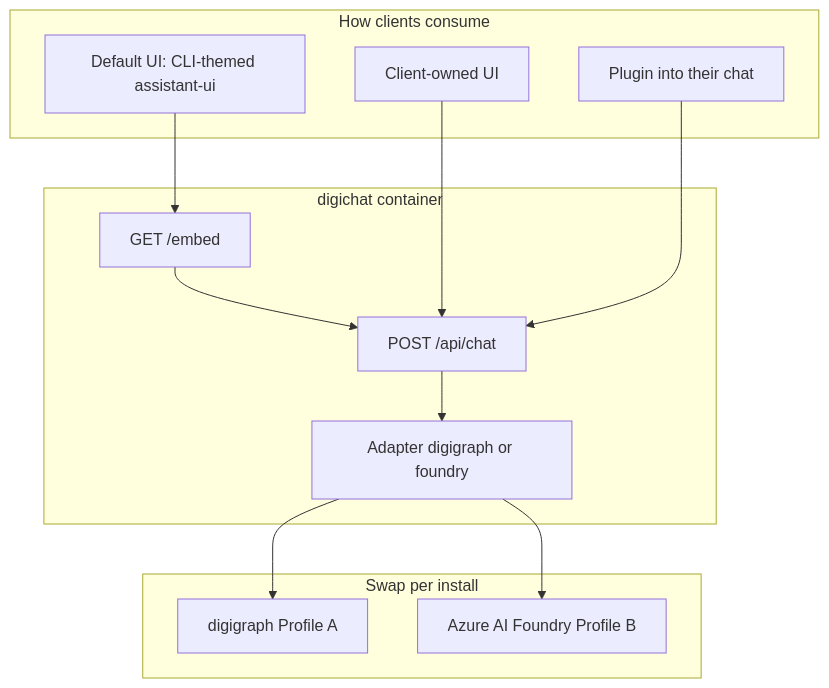
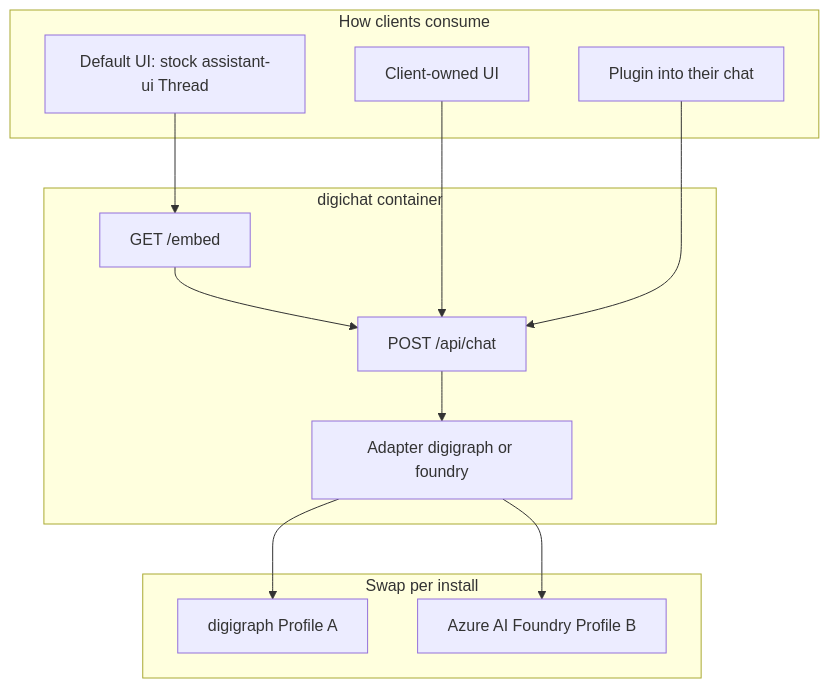
Before and after one commit to digithings-ai/digithings: the diagram in docs/architecture/digichat-modular-frontend.md, drawn with Mermaid. The commit also changed other lines of this file and 461 other files, not shown here.

````diff
--- a/docs/architecture/digichat-modular-frontend.md
+++ b/docs/architecture/digichat-modular-frontend.md
@@ -39,24 +42,24 @@
 ```mermaid
 flowchart TB
   subgraph consume [How clients consume]
-    appUI["Default UI: CLI-themed assistant-ui"]
+    appUI["Default UI: stock assistant-ui Thread"]
     ownUI["Client-owned UI"]
     plugin["Plugin into their chat"]
   end
   subgraph digichat [digichat container]
     embed["GET /embed"]
     bff["POST /api/chat"]
     adapters["Adapter digigraph or foundry"]
     embed --> bff
     bff --> adapters
   end
   subgraph backends [Swap per install]
     dg["digigraph Profile A"]
     foundry["Azure AI Foundry Profile B"]
   end
   appUI --> embed
   ownUI --> bff
   plugin --> bff
   adapters --> dg
   adapters --> foundry
 ```
````
